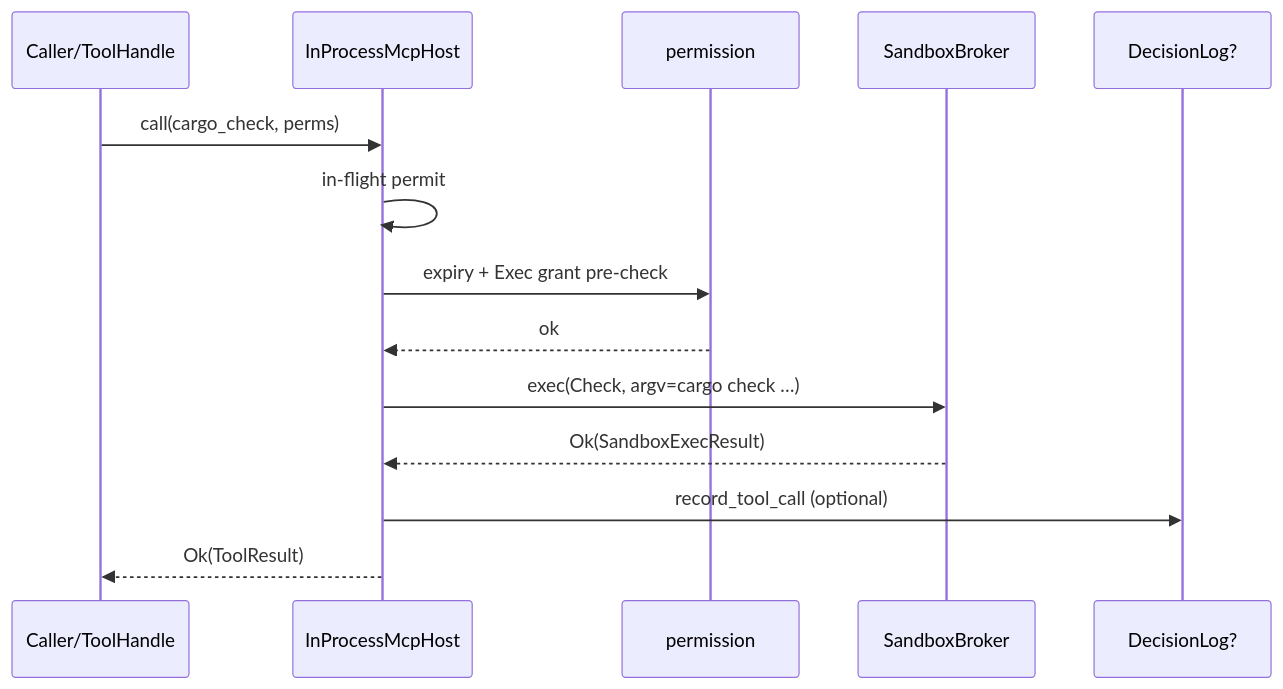
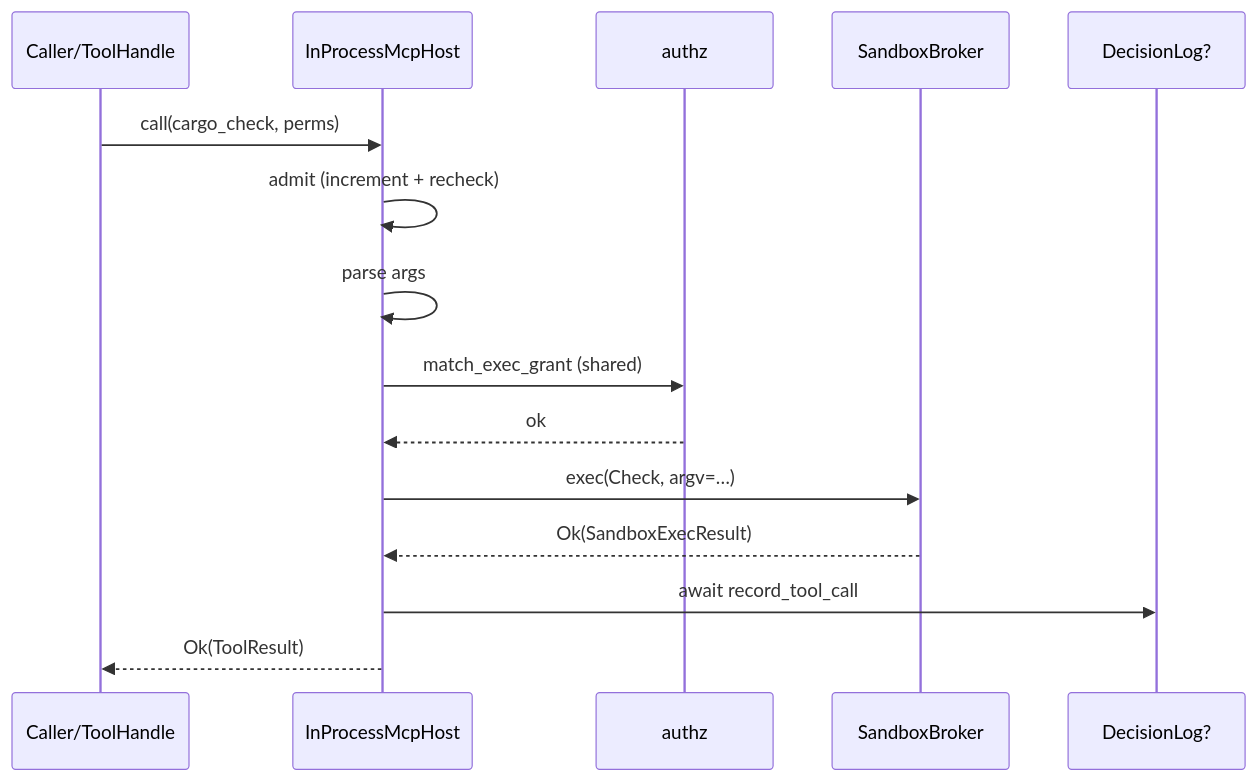
The second of 4 diagrams in docs/rfcs/RFC-0006-mcp-host-builtins.md (arkadianet/Alloy), drawn with Mermaid before and after one commit. The commit also changed other lines of this file and 1 other file, not shown here.

````diff
--- a/docs/rfcs/RFC-0006-mcp-host-builtins.md
+++ b/docs/rfcs/RFC-0006-mcp-host-builtins.md
@@ -1190,17 +1408,18 @@
 ```mermaid
 sequenceDiagram
   participant W as Caller/ToolHandle
   participant H as InProcessMcpHost
-  participant P as permission
+  participant A as authz
   participant B as SandboxBroker
   participant O as DecisionLog?
 
   W->>H: call(cargo_check, perms)
-  H->>H: in-flight permit
-  H->>P: expiry + Exec grant pre-check
-  P-->>H: ok
-  H->>B: exec(Check, argv=cargo check …)
+  H->>H: admit (increment + recheck)
+  H->>H: parse args
+  H->>A: match_exec_grant (shared)
+  A-->>H: ok
+  H->>B: exec(Check, argv=…)
   B-->>H: Ok(SandboxExecResult)
-  H->>O: record_tool_call (optional)
+  H->>O: await record_tool_call
   H-->>W: Ok(ToolResult)
 ```
````
